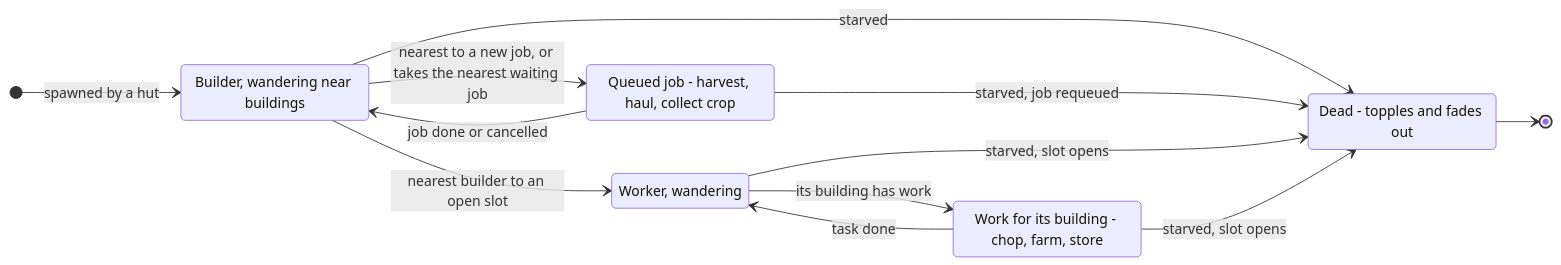
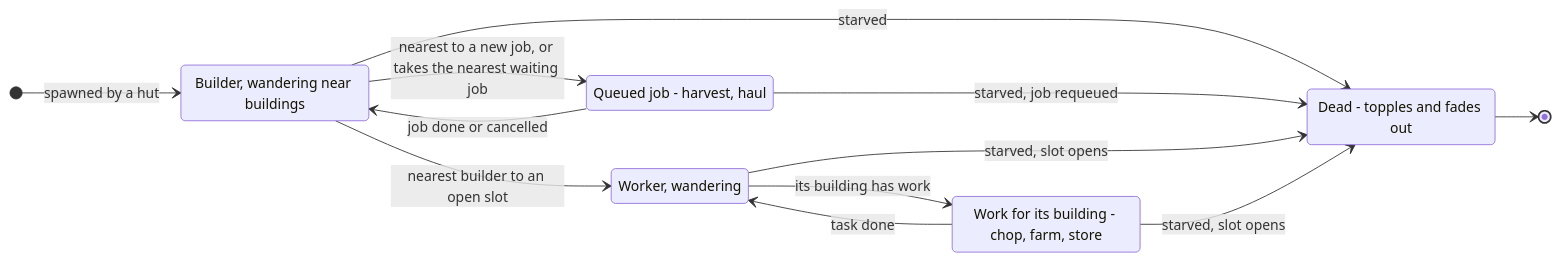
One commit to Liam-M-Mays/game-jam-2026 changed the sixth of 11 diagrams in docs/architecture.md. Above: the diagram before and after it, drawn with Mermaid. The commit also changed other lines of this file and 9 other files, not shown here.

Commit message:
Make the docs match the rework: architecture, CI, plan, contributing, art folders and the UI guide (#123)

````diff
--- a/docs/architecture.md
+++ b/docs/architecture.md
@@ -249,21 +254,21 @@
 ```mermaid
 stateDiagram-v2
     direction LR
     Wandering: Builder, wandering near buildings
-    QueuedJob: Queued job - harvest, haul, collect crop
+    QueuedJob: Queued job - harvest, haul
     WorkerWandering: Worker, wandering
     Work: Work for its building - chop, farm, store
     Dead: Dead - topples and fades out
 
     [*] --> Wandering: spawned by a hut
     Wandering --> QueuedJob: nearest to a new job, or takes the nearest waiting job
     QueuedJob --> Wandering: job done or cancelled
     Wandering --> WorkerWandering: nearest builder to an open slot
     WorkerWandering --> Work: its building has work
     Work --> WorkerWandering: task done
     Wandering --> Dead: starved
     QueuedJob --> Dead: starved, job requeued
     WorkerWandering --> Dead: starved, slot opens
     Work --> Dead: starved, slot opens
     Dead --> [*]
 ```
````
